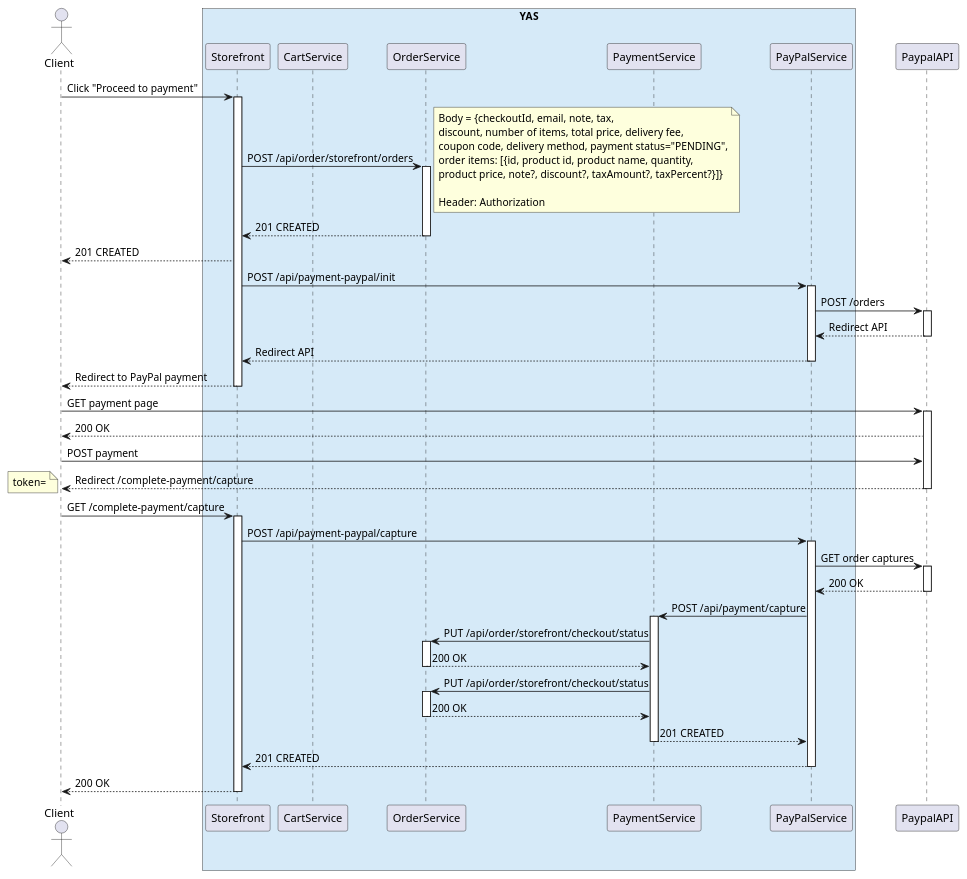
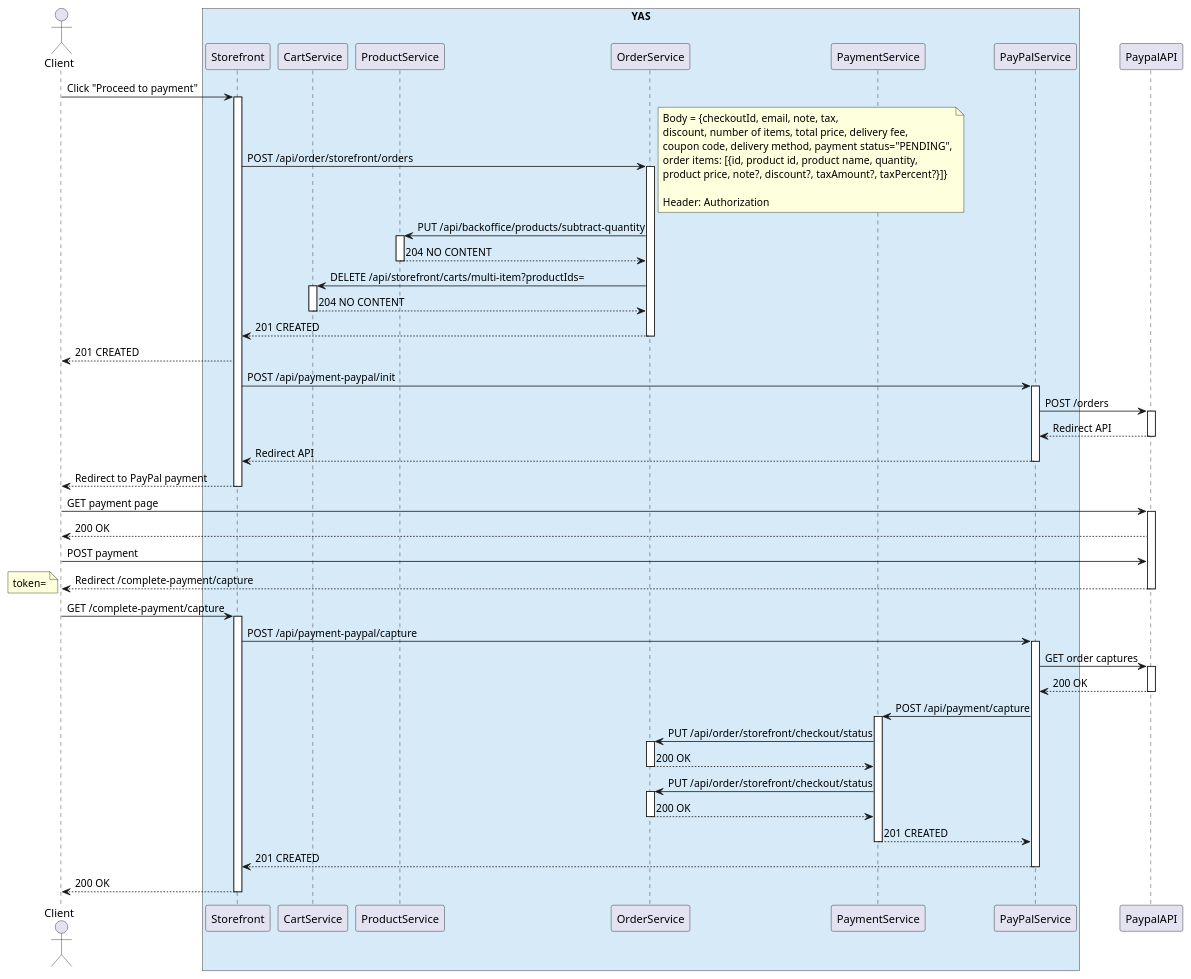
The diagram in order/docs/uml/CreateOrderFlow.puml (nashtech-garage/yas), drawn with PlantUML before and after one commit. The commit also changed 3 other files, not shown here.

```diff
--- a/order/docs/uml/CreateOrderFlow.puml
+++ b/order/docs/uml/CreateOrderFlow.puml
@@ -1,71 +1,80 @@
 @startuml Create order flow
 actor Client
 box "YAS" #D6EAF8
 participant Storefront as NextJs
 participant CartService as cart
+participant ProductService as product
 participant OrderService as order
 participant PaymentService as payment
 participant PayPalService as ppal
 end box
 participant PaypalAPI as ppAPI
 
 Client -> NextJs: Click "Proceed to payment"
 activate NextJs
 NextJs -> order: POST /api/order/storefront/orders
 note right
     Body = {checkoutId, email, note, tax,
     discount, number of items, total price, delivery fee,
     coupon code, delivery method, payment status="PENDING",
     order items: [{id, product id, product name, quantity,
     product price, note?, discount?, taxAmount?, taxPercent?}]}
 
     Header: Authorization
 end note
 activate order
+order -> product: PUT /api/backoffice/products/subtract-quantity
+activate product
+product --> order: 204 NO CONTENT
+deactivate product
+order -> cart: DELETE /api/storefront/carts/multi-item?productIds=
+activate cart
+cart --> order: 204 NO CONTENT
+deactivate cart
 order --> NextJs: 201 CREATED
 deactivate order
 NextJs --> Client: 201 CREATED
 NextJs -> ppal: POST /api/payment-paypal/init
 activate ppal
 ppal -> ppAPI: POST /orders
 activate ppAPI
 ppAPI --> ppal: Redirect API
 deactivate ppAPI
 ppal --> NextJs: Redirect API
 deactivate ppal
 NextJs --> Client: Redirect to PayPal payment
 deactivate NextJs
 Client -> ppAPI: GET payment page
 activate ppAPI
 ppAPI --> Client: 200 OK
 Client -> ppAPI: POST payment
 ppAPI --> Client: Redirect /complete-payment/capture
 note left
 token=
 end note
 deactivate ppAPI
 Client -> NextJs: GET /complete-payment/capture
 activate NextJs
 NextJs -> ppal: POST /api/payment-paypal/capture
 activate ppal
 ppal -> ppAPI: GET order captures
 activate ppAPI
 ppAPI --> ppal: 200 OK
 deactivate ppAPI
 ppal -> payment: POST /api/payment/capture
 activate payment
 payment -> order: PUT /api/order/storefront/checkout/status
 activate order
 order --> payment: 200 OK
 deactivate order
 payment -> order: PUT /api/order/storefront/checkout/status
 activate order
 order --> payment: 200 OK
 deactivate order
 payment --> ppal: 201 CREATED
 deactivate payment
 ppal --> NextJs: 201 CREATED
 deactivate ppal
 NextJs --> Client: 200 OK
 deactivate NextJs
 @enduml
```
